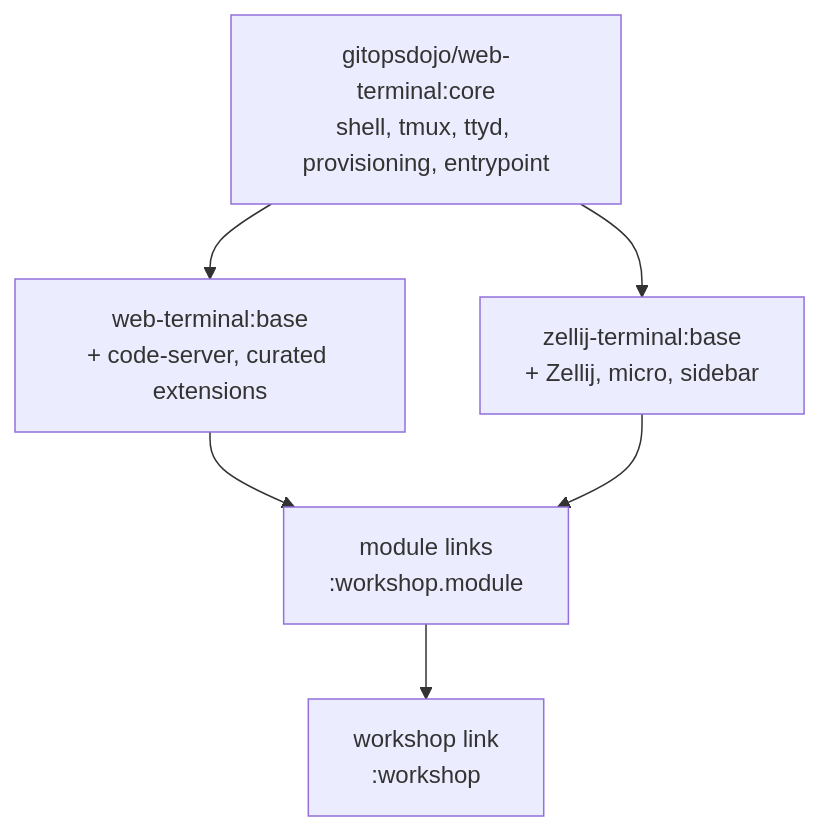
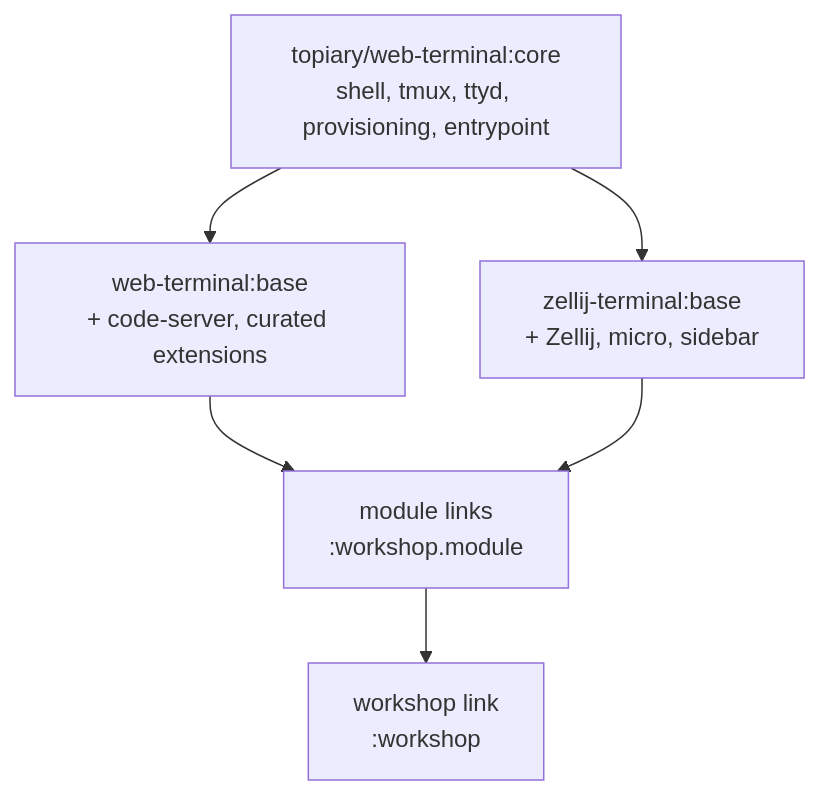
The second of 4 diagrams in docs/architecture.md (fiddler110/GitOps_Dojo), drawn with Mermaid before and after one commit. The commit also changed other lines of this file and 77 other files, not shown here.

First line of the commit message:
Rename gitopsdojo identifiers to topiary

````diff
--- a/docs/architecture.md
+++ b/docs/architecture.md
@@ -71,13 +71,13 @@
 ```mermaid
 graph TD
-    core["gitopsdojo/web-terminal:core<br/>shell, tmux, ttyd, provisioning, entrypoint"]
+    core["topiary/web-terminal:core<br/>shell, tmux, ttyd, provisioning, entrypoint"]
     vs["web-terminal:base<br/>+ code-server, curated extensions"]
     zl["zellij-terminal:base<br/>+ Zellij, micro, sidebar"]
     m["module links<br/>:workshop.module"]
     w["workshop link<br/>:workshop"]
     core --> vs
     core --> zl
     vs --> m
     zl --> m
     m --> w
 ```
````
